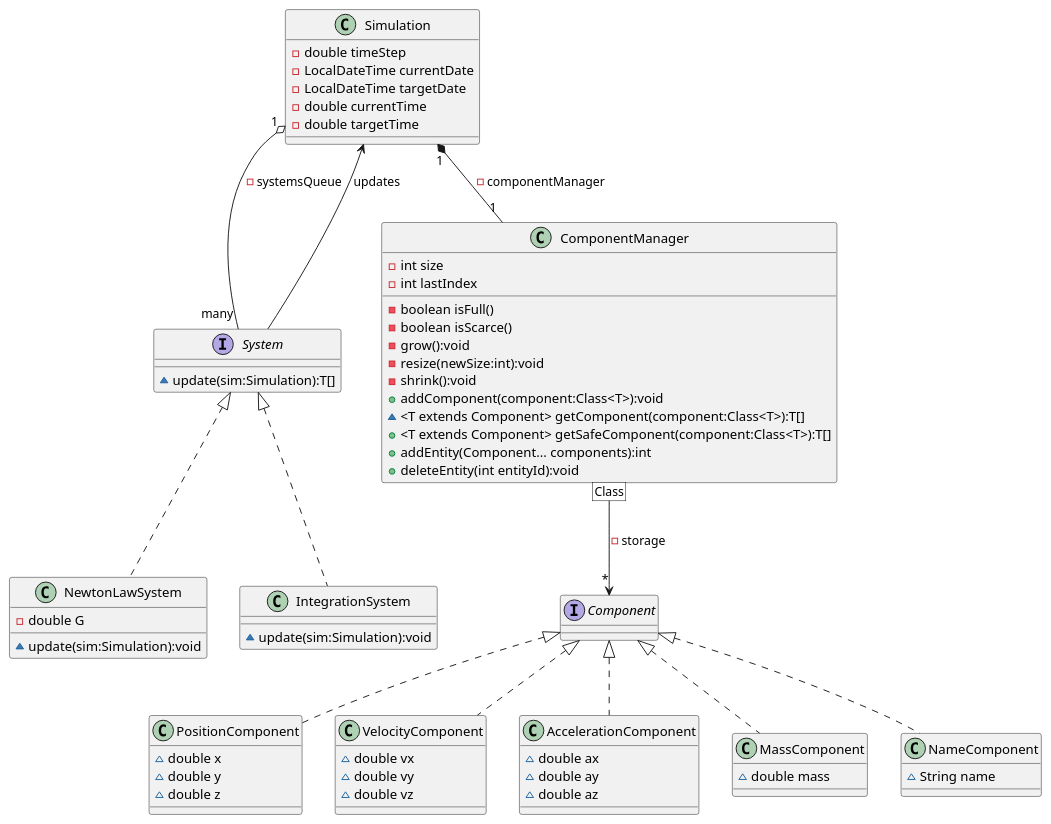
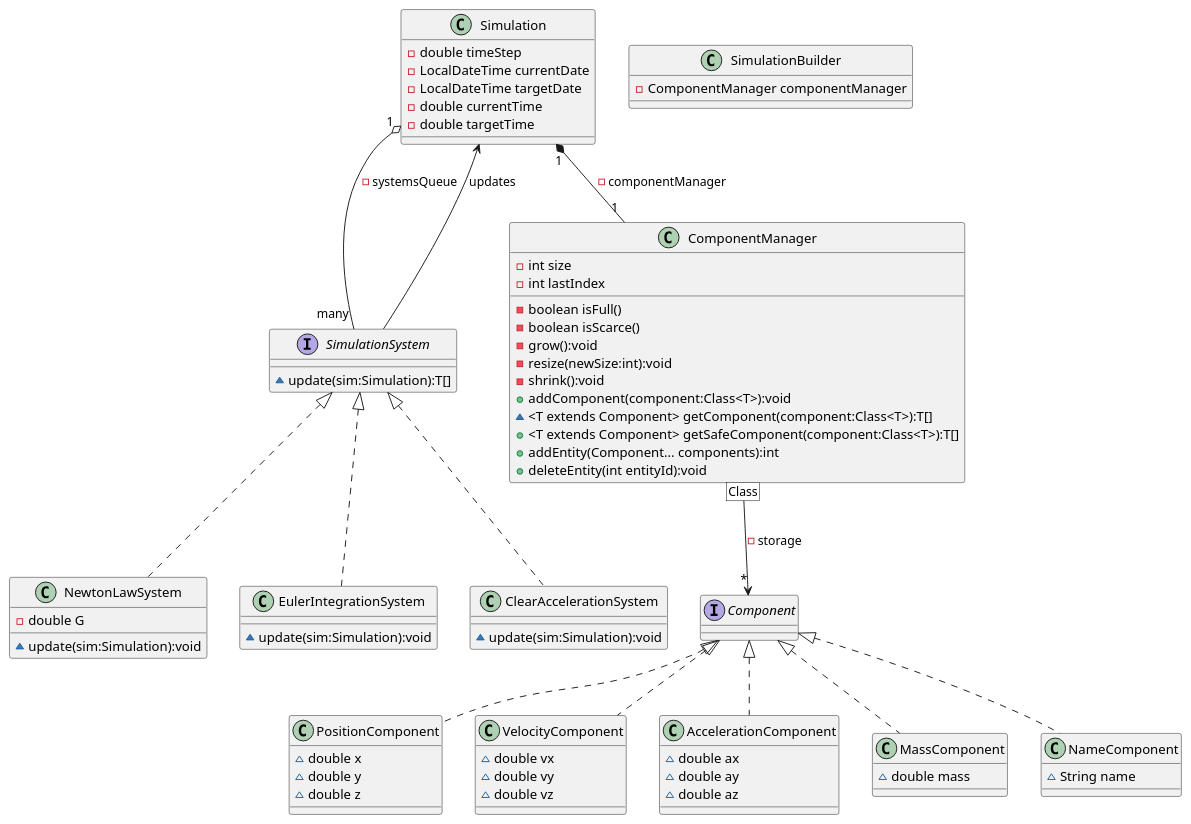
Before and after one commit to Pela98/GravSim: the diagram in UML/ModelUML.puml, drawn with PlantUML.

Commit message:
updated UML

```diff
--- a/UML/ModelUML.puml
+++ b/UML/ModelUML.puml
@@ -1,71 +1,76 @@
 @startuml ModelUML
 
 'Interfacce per pattern ECS
 interface Component{
 }
-interface System{
+interface SimulationSystem{
     ~ update(sim:Simulation):T[]
 }
 'Classi Component
 class PositionComponent implements Component{
     ~double x
     ~double y
     ~double z
 }
 class VelocityComponent implements Component{
     ~double vx
     ~double vy
     ~double vz
 }
 class AccelerationComponent implements Component{
     ~double ax
     ~double ay
     ~double az
 }
 class MassComponent implements Component{
     ~double mass
 }
 class NameComponent implements Component{
     ~String name
 }
 'ComponentManager (gestione dei componenti)
 class ComponentManager {
 
         - int size
         - int lastIndex
         - boolean isFull()
         - boolean isScarce()
         - grow():void 
         - resize(newSize:int):void 
         - shrink():void 
         + addComponent(component:Class<T>):void
         ~ <T extends Component> getComponent(component:Class<T>):T[] 
         + <T extends Component> getSafeComponent(component:Class<T>):T[]
         + addEntity(Component... components):int 
         + deleteEntity(int entityId):void 
     }
     ComponentManager [Class] --> "*" Component : - storage
 
     'Simulation (Contiene tutti i dati per istanza di simulazione)
     class Simulation {
         - double timeStep
         - LocalDateTime currentDate
         - LocalDateTime targetDate
         - double currentTime
         - double targetTime
     }
     Simulation "1" *-- "1" ComponentManager : - componentManager
-    Simulation "1" o-- "many" System : - systemsQueue
-    System --> Simulation : updates
+    Simulation "1" o-- "many" SimulationSystem : - systemsQueue
+    SimulationSystem --> Simulation : updates
     'Sistemi motore fisico
-    class NewtonLawSystem implements System{
+    class NewtonLawSystem implements SimulationSystem{
         - double G
         ~ update(sim:Simulation):void
     }
-    class IntegrationSystem implements System{
+    class EulerIntegrationSystem implements SimulationSystem{
+        ~ update(sim:Simulation):void
+    }
+    class ClearAccelerationSystem implements SimulationSystem {
         ~ update(sim:Simulation):void
     }
     'Builder pattern per creare istanze di simulazione
-
+    class SimulationBuilder {
+        -ComponentManager componentManager
+    }
 
 @enduml
```
